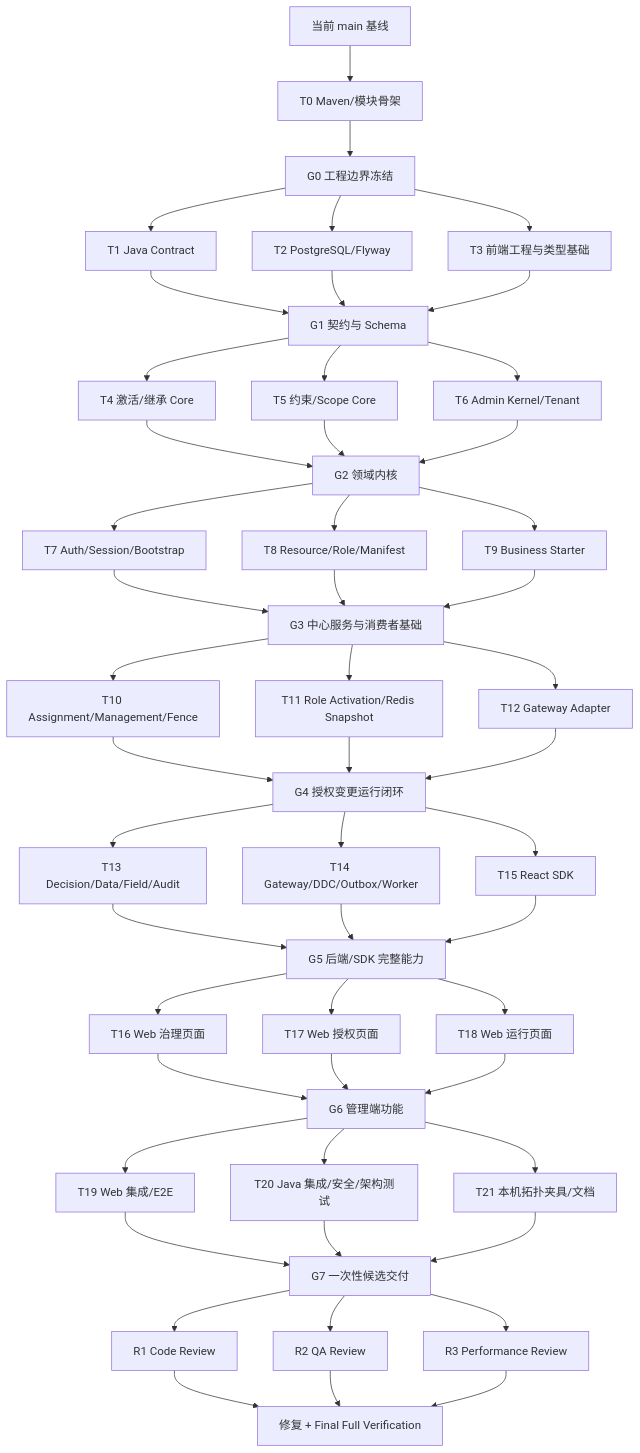
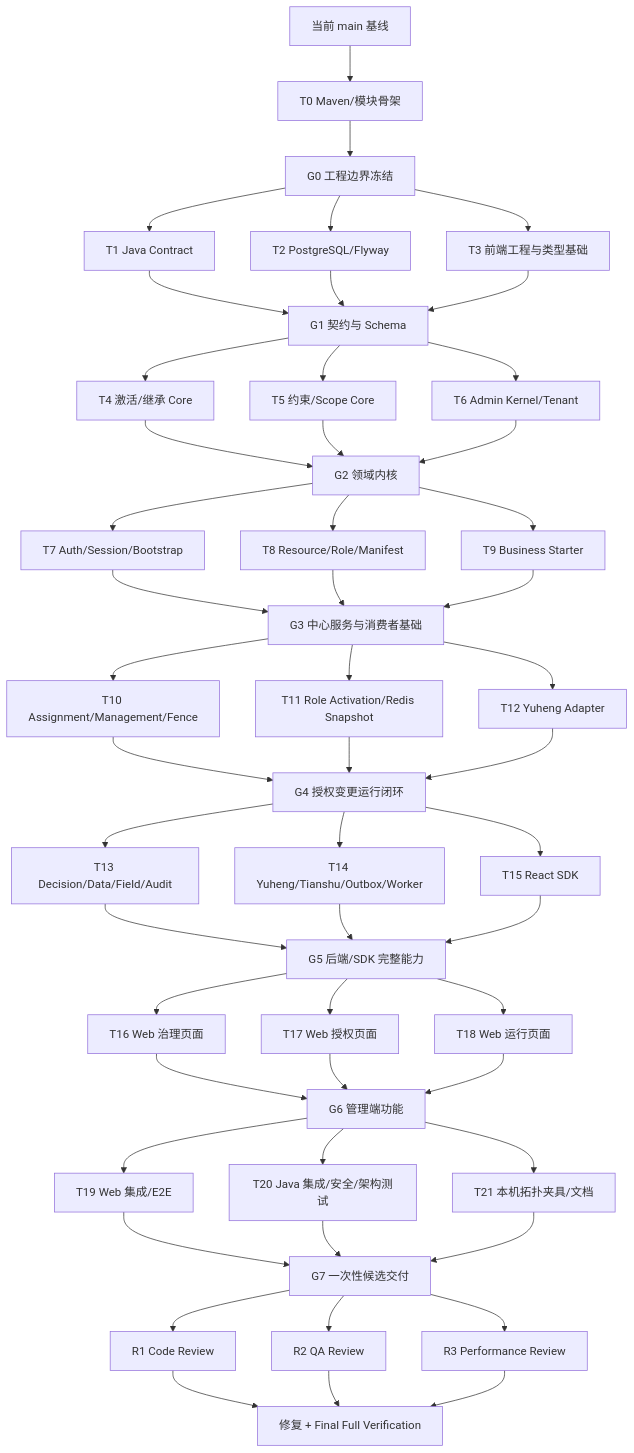
The diagram in docs/superpowers/plans/2026-07-30-rbac3-permission-platform-one-shot-parallel.md (AllenDEricDAlexander/Egon-COLA), drawn with Mermaid before and after one commit. The commit also changed other lines of this file and 233 other files, not shown here.

````diff
--- a/docs/superpowers/plans/2026-07-30-rbac3-permission-platform-one-shot-parallel.md
+++ b/docs/superpowers/plans/2026-07-30-rbac3-permission-platform-one-shot-parallel.md
@@ -101,53 +101,53 @@
 ```mermaid
 flowchart TD
     B0["当前 main 基线"] --> T0["T0 Maven/模块骨架"]
     T0 --> G0["G0 工程边界冻结"]
     G0 --> T1["T1 Java Contract"]
     G0 --> T2["T2 PostgreSQL/Flyway"]
     G0 --> T3["T3 前端工程与类型基础"]
     T1 --> G1["G1 契约与 Schema"]
     T2 --> G1
     T3 --> G1
     G1 --> T4["T4 激活/继承 Core"]
     G1 --> T5["T5 约束/Scope Core"]
     G1 --> T6["T6 Admin Kernel/Tenant"]
     T4 --> G2["G2 领域内核"]
     T5 --> G2
     T6 --> G2
     G2 --> T7["T7 Auth/Session/Bootstrap"]
     G2 --> T8["T8 Resource/Role/Manifest"]
     G2 --> T9["T9 Business Starter"]
     T7 --> G3["G3 中心服务与消费者基础"]
     T8 --> G3
     T9 --> G3
     G3 --> T10["T10 Assignment/Management/Fence"]
     G3 --> T11["T11 Role Activation/Redis Snapshot"]
-    G3 --> T12["T12 Gateway Adapter"]
+    G3 --> T12["T12 Yuheng Adapter"]
     T10 --> G4["G4 授权变更运行闭环"]
     T11 --> G4
     T12 --> G4
     G4 --> T13["T13 Decision/Data/Field/Audit"]
-    G4 --> T14["T14 Gateway/DDC/Outbox/Worker"]
+    G4 --> T14["T14 Yuheng/Tianshu/Outbox/Worker"]
     G4 --> T15["T15 React SDK"]
     T13 --> G5["G5 后端/SDK 完整能力"]
     T14 --> G5
     T15 --> G5
     G5 --> T16["T16 Web 治理页面"]
     G5 --> T17["T17 Web 授权页面"]
     G5 --> T18["T18 Web 运行页面"]
     T16 --> G6["G6 管理端功能"]
     T17 --> G6
     T18 --> G6
     G6 --> T19["T19 Web 集成/E2E"]
     G6 --> T20["T20 Java 集成/安全/架构测试"]
     G6 --> T21["T21 本机拓扑夹具/文档"]
     T19 --> G7["G7 一次性候选交付"]
     T20 --> G7
     T21 --> G7
     G7 --> R1["R1 Code Review"]
     G7 --> R2["R2 QA Review"]
     G7 --> R3["R3 Performance Review"]
     R1 --> GF["修复 + Final Full Verification"]
     R2 --> GF
     R3 --> GF
 ```
````
